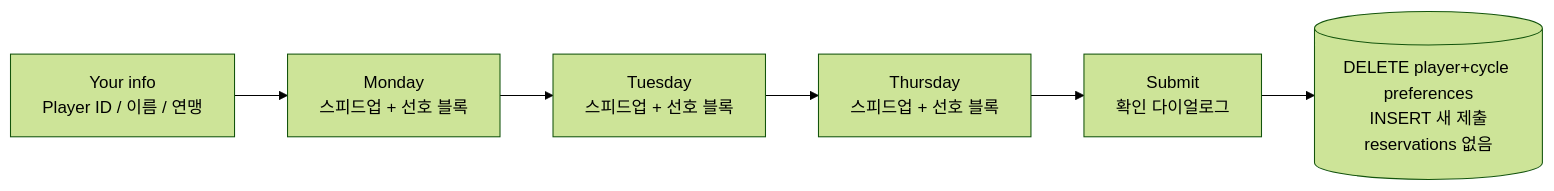
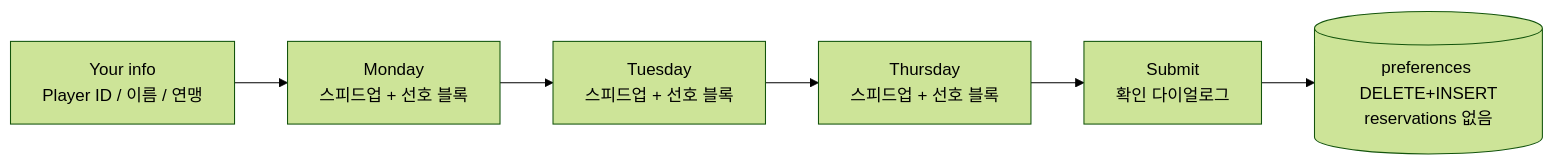
One commit to SxxM131/wos1234 changed the fourth of 8 diagrams in docs/RESERVATION_SYSTEM.md. Above: the diagram before and after it, drawn with Mermaid (forest theme). The commit also changed other lines of this file and 5 other files, not shown here.

First line of the commit message:
Render Mermaid diagrams into div.mermaid

````diff
--- a/docs/RESERVATION_SYSTEM.md
+++ b/docs/RESERVATION_SYSTEM.md
@@ -276,8 +276,8 @@
 ```mermaid
 flowchart LR
-  A[Your info\nPlayer ID / 이름 / 연맹] --> B[Monday\n스피드업 + 선호 블록]
-  B --> C[Tuesday\n스피드업 + 선호 블록]
-  C --> D[Thursday\n스피드업 + 선호 블록]
-  D --> E[Submit\n확인 다이얼로그]
-  E --> F[(DELETE player+cycle preferences\nINSERT 새 제출\nreservations 없음)]
+  A["Your info\nPlayer ID / 이름 / 연맹"] --> B["Monday\n스피드업 + 선호 블록"]
+  B --> C["Tuesday\n스피드업 + 선호 블록"]
+  C --> D["Thursday\n스피드업 + 선호 블록"]
+  D --> E["Submit\n확인 다이얼로그"]
+  E --> F[("preferences DELETE+INSERT\nreservations 없음")]
 ```
````
